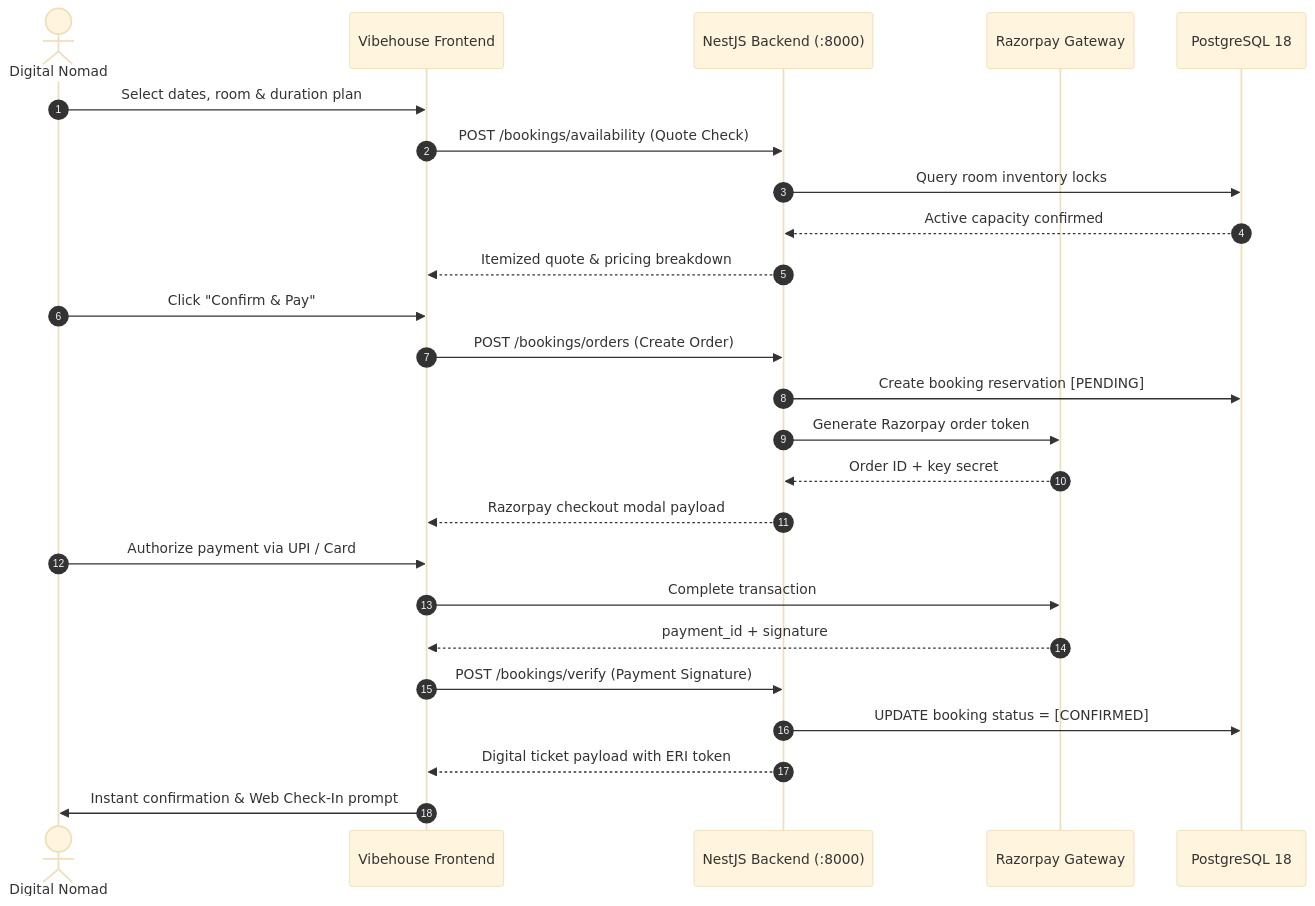
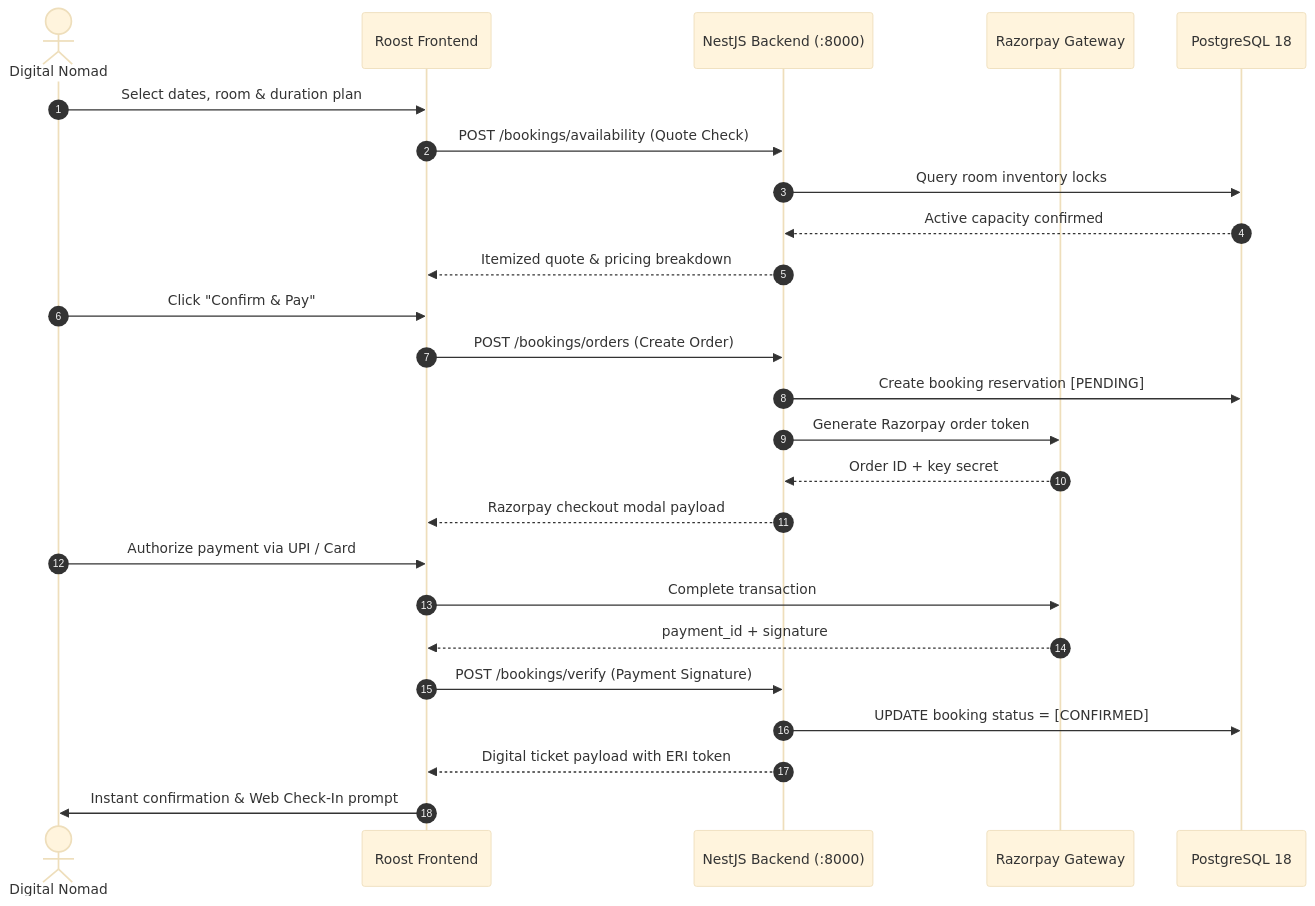
Before and after one commit to AKHIL1633/roost: the diagram in README.md, drawn with Mermaid (base theme). The commit also changed other lines of this file and 214 other files, not shown here.

First line of the commit message:
Rebrand Vibehouse -> Roost; remove dead Figma/Vite export scaffold

````diff
--- a/README.md
+++ b/README.md
@@ -184,30 +184,30 @@
 ```mermaid
 sequenceDiagram
     autonumber
     actor Guest as Digital Nomad
-    participant UI as Vibehouse Frontend
+    participant UI as Roost Frontend
     participant API as NestJS Backend (:8000)
     participant RZP as Razorpay Gateway
     participant DB as PostgreSQL 18
 
     Guest->>UI: Select dates, room & duration plan
     UI->>API: POST /bookings/availability (Quote Check)
     API->>DB: Query room inventory locks
     DB-->>API: Active capacity confirmed
     API-->>UI: Itemized quote & pricing breakdown
 
     Guest->>UI: Click "Confirm & Pay"
     UI->>API: POST /bookings/orders (Create Order)
     API->>DB: Create booking reservation [PENDING]
     API->>RZP: Generate Razorpay order token
     RZP-->>API: Order ID + key secret
     API-->>UI: Razorpay checkout modal payload
 
     Guest->>UI: Authorize payment via UPI / Card
     UI->>RZP: Complete transaction
     RZP-->>UI: payment_id + signature
     UI->>API: POST /bookings/verify (Payment Signature)
     API->>DB: UPDATE booking status = [CONFIRMED]
     API-->>UI: Digital ticket payload with ERI token
     UI->>Guest: Instant confirmation & Web Check-In prompt
 ```
````
